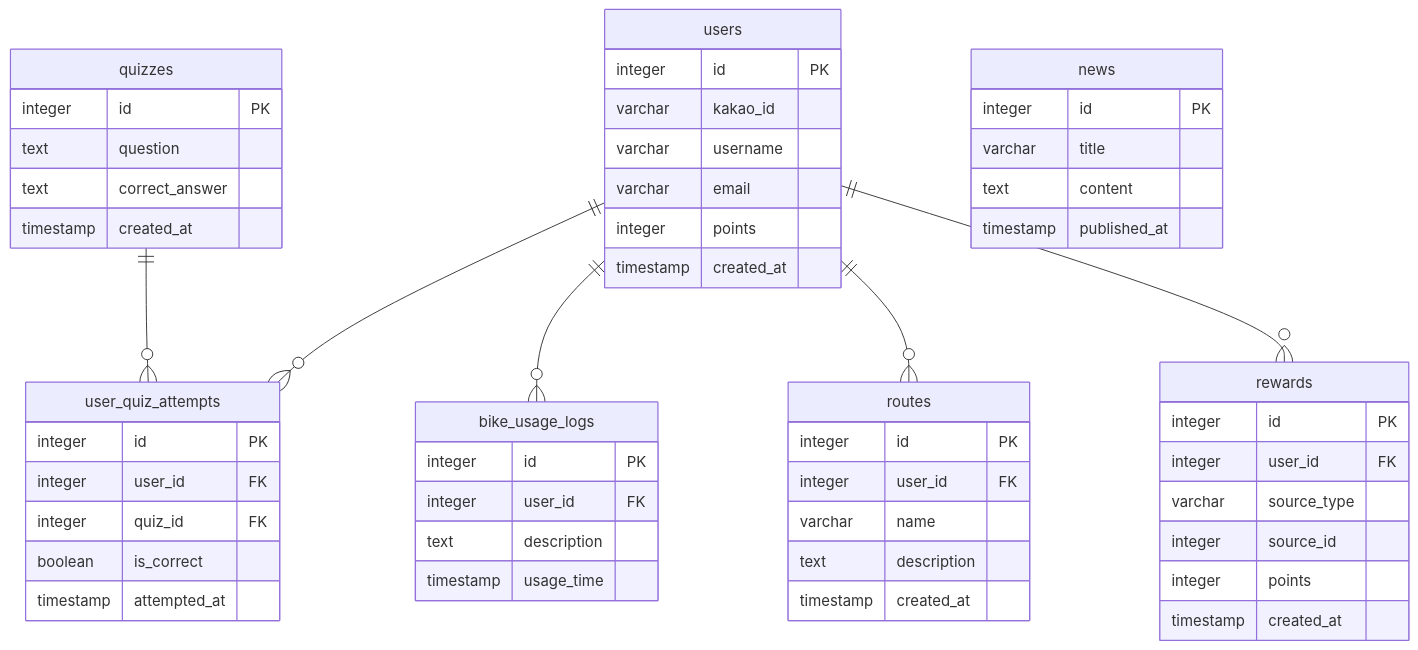
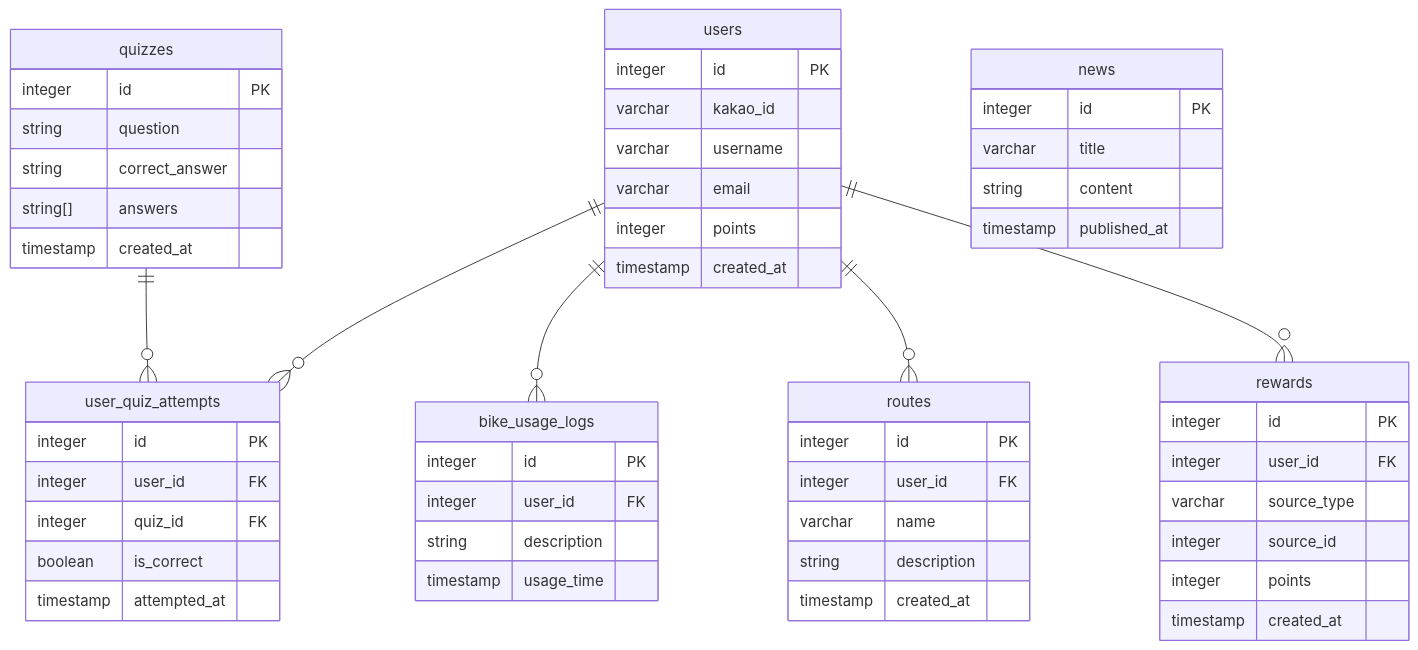
Before and after one commit to HiHoi/LikeBike_backend: the diagram in docs/ERD.md, drawn with Mermaid.

Commit message:
fix: 퀴즈 - 보기 추가

````diff
--- a/docs/ERD.md
+++ b/docs/ERD.md
@@ -3,57 +3,58 @@
 ```mermaid
 erDiagram
     users {
         integer id PK
         varchar kakao_id
         varchar username
         varchar email
         integer points
         timestamp created_at
     }
     quizzes {
         integer id PK
-        text question
-        text correct_answer
+        string question
+        string correct_answer
+        string[] answers
         timestamp created_at
     }
     user_quiz_attempts {
         integer id PK
         integer user_id FK
         integer quiz_id FK
         boolean is_correct
         timestamp attempted_at
     }
     bike_usage_logs {
         integer id PK
         integer user_id FK
-        text description
+        string description
         timestamp usage_time
     }
     news {
         integer id PK
         varchar title
-        text content
+        string content
         timestamp published_at
     }
     routes {
         integer id PK
         integer user_id FK
         varchar name
-        text description
+        string description
         timestamp created_at
     }
     rewards {
         integer id PK
         integer user_id FK
         varchar source_type
         integer source_id
         integer points
         timestamp created_at
     }
 
-    users ||--o{ user_quiz_attempts : "" 
-    quizzes ||--o{ user_quiz_attempts : "" 
-    users ||--o{ bike_usage_logs : "" 
-    users ||--o{ routes : "" 
-    users ||--o{ rewards : "" 
+    users ||--o{ user_quiz_attempts : ""
+    quizzes ||--o{ user_quiz_attempts : ""
+    users ||--o{ bike_usage_logs : ""
+    users ||--o{ routes : ""
+    users ||--o{ rewards : ""
 ```
````
